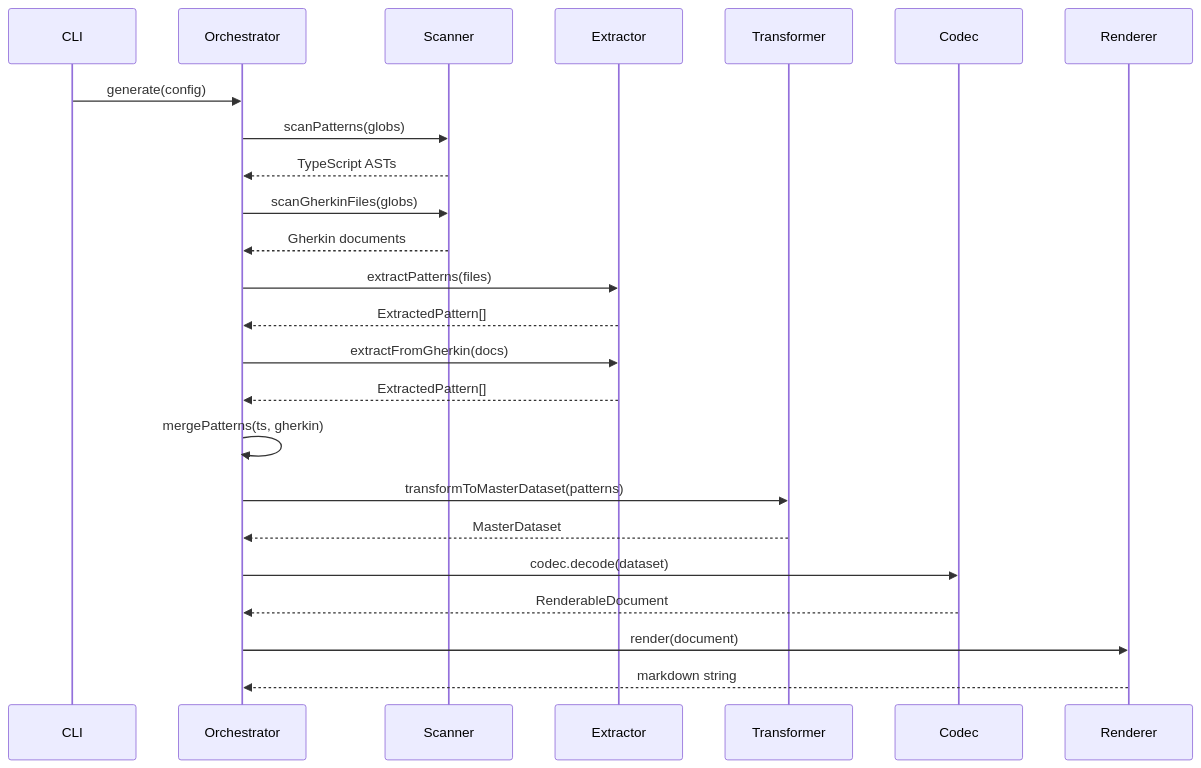
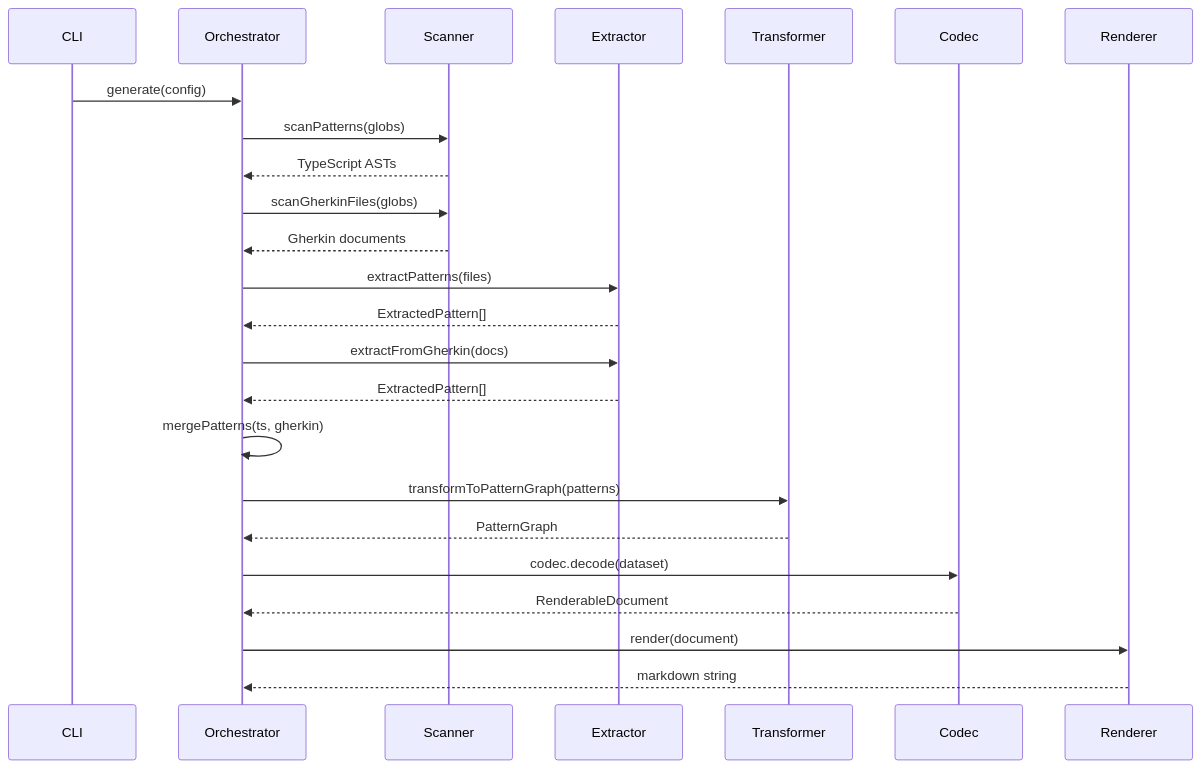
The second of 6 diagrams in docs-live/reference/REFERENCE-SAMPLE.md (libar-dev/architect), drawn with Mermaid before and after one commit. The commit also changed other lines of this file and 278 other files, not shown here.

First line of the commit message:
refactor: rename MasterDataset → PatternGraph — ubiquitous language alignment

````diff
--- a/docs-live/reference/REFERENCE-SAMPLE.md
+++ b/docs-live/reference/REFERENCE-SAMPLE.md
@@ -210,26 +210,26 @@
 ```mermaid
 sequenceDiagram
     participant CLI
     participant Orchestrator
     participant Scanner
     participant Extractor
     participant Transformer
     participant Codec
     participant Renderer
     CLI ->> Orchestrator: generate(config)
     Orchestrator ->> Scanner: scanPatterns(globs)
     Scanner -->> Orchestrator: TypeScript ASTs
     Orchestrator ->> Scanner: scanGherkinFiles(globs)
     Scanner -->> Orchestrator: Gherkin documents
     Orchestrator ->> Extractor: extractPatterns(files)
     Extractor -->> Orchestrator: ExtractedPattern[]
     Orchestrator ->> Extractor: extractFromGherkin(docs)
     Extractor -->> Orchestrator: ExtractedPattern[]
     Orchestrator ->> Orchestrator: mergePatterns(ts, gherkin)
-    Orchestrator ->> Transformer: transformToMasterDataset(patterns)
-    Transformer -->> Orchestrator: MasterDataset
+    Orchestrator ->> Transformer: transformToPatternGraph(patterns)
+    Transformer -->> Orchestrator: PatternGraph
     Orchestrator ->> Codec: codec.decode(dataset)
     Codec -->> Orchestrator: RenderableDocument
     Orchestrator ->> Renderer: render(document)
     Renderer -->> Orchestrator: markdown string
 ```
````
